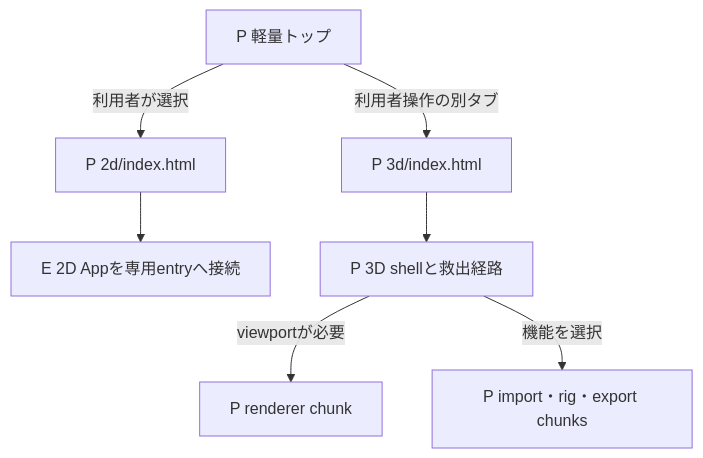
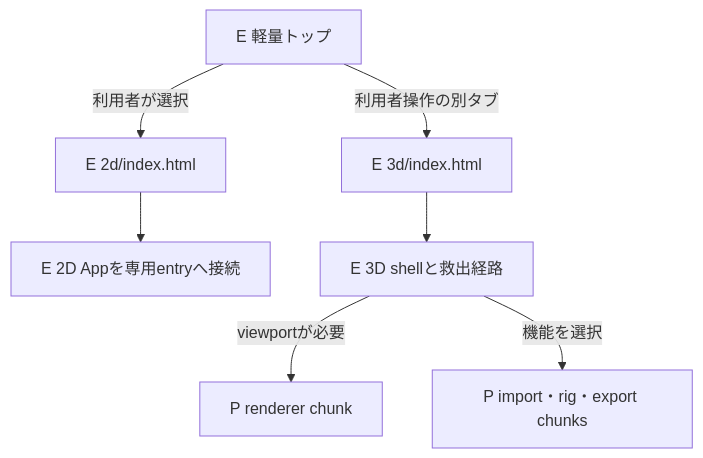
One commit to chameleonjp-lab/chameleonassetstudio changed the second of 3 diagrams in docs/architecture/3d/entries.md. Above: the diagram before and after it, drawn with Mermaid. The commit also changed other lines of this file and 80 other files, not shown here.

````diff
--- a/docs/architecture/3d/entries.md
+++ b/docs/architecture/3d/entries.md
@@ -19,9 +19,9 @@
 ```mermaid
 flowchart TD
-  EN_HUB["P 軽量トップ"] -->|"利用者が選択"| EN_2D["P 2d/index.html"]
-  EN_HUB -->|"利用者操作の別タブ"| EN_3D["P 3d/index.html"]
+  EN_HUB["E 軽量トップ"] -->|"利用者が選択"| EN_2D["E 2d/index.html"]
+  EN_HUB -->|"利用者操作の別タブ"| EN_3D["E 3d/index.html"]
   EN_2D --> EN_2D_APP["E 2D Appを専用entryへ接続"]
-  EN_3D --> EN_3D_SHELL["P 3D shellと救出経路"]
+  EN_3D --> EN_3D_SHELL["E 3D shellと救出経路"]
   EN_3D_SHELL -->|"viewportが必要"| EN_RENDER["P renderer chunk"]
   EN_3D_SHELL -->|"機能を選択"| EN_TOOL["P import・rig・export chunks"]
 ```
````
